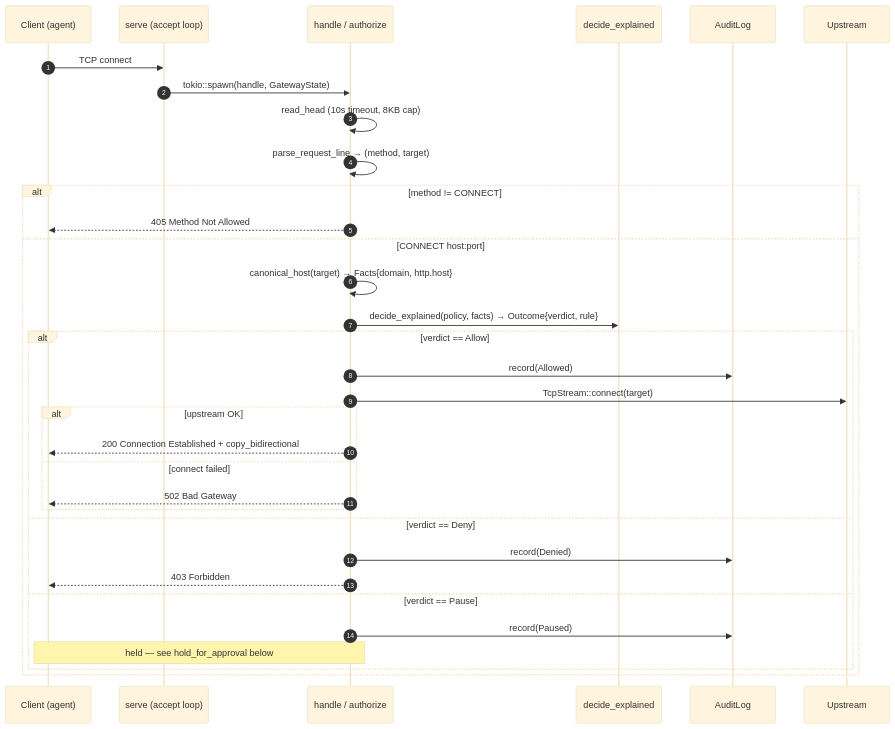
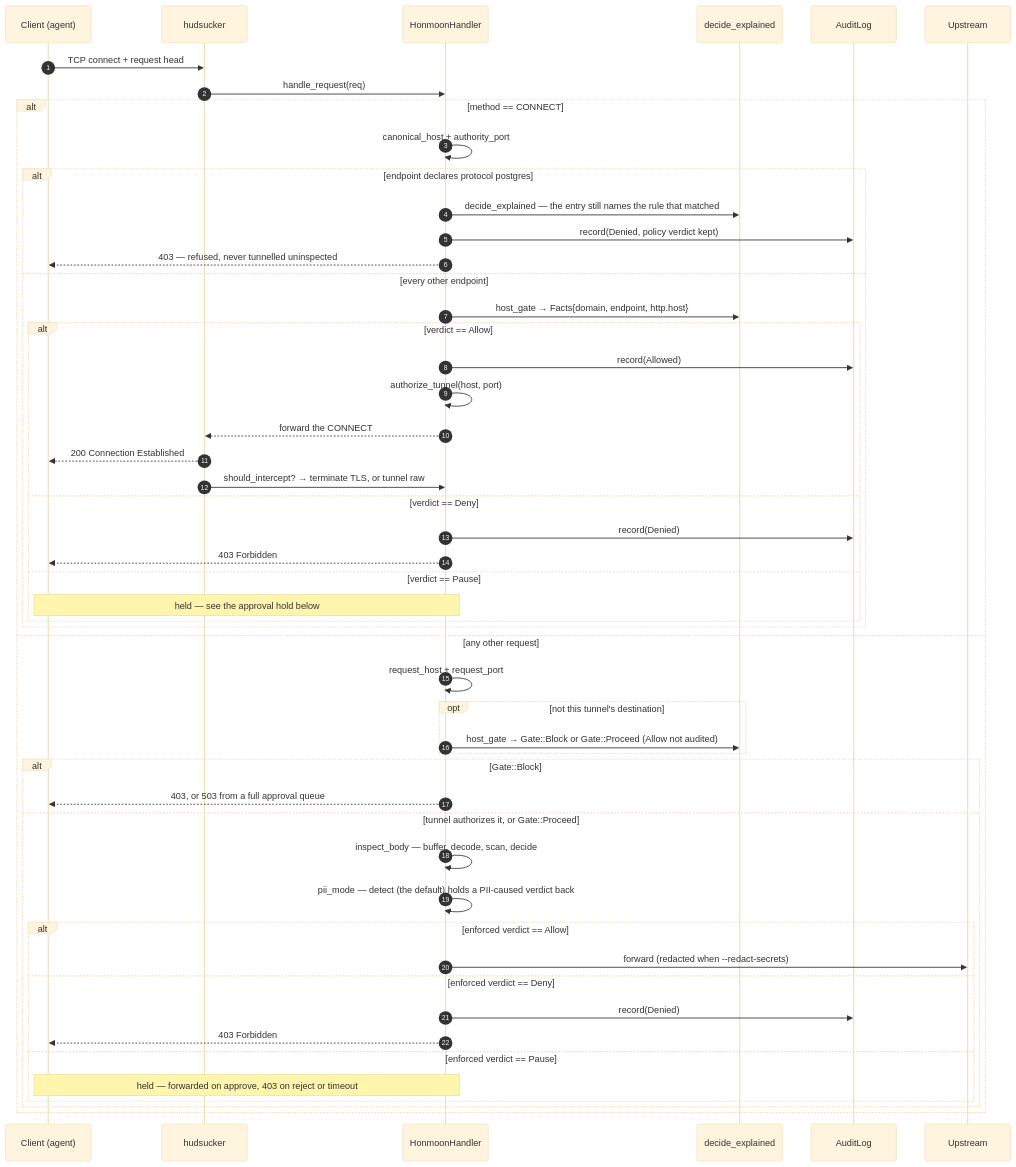
Before and after one commit to pleaseai/honmoon: the first of 3 diagrams in wiki/deep-dive/egress-gateway.md, drawn with Mermaid (base theme). The commit also changed other lines of this file and 3 other files, not shown here.

First line of the commit message:
docs(wiki): rewrite egress-gateway.md against the hudsucker data plane (#268)

````diff
--- a/wiki/deep-dive/egress-gateway.md
+++ b/wiki/deep-dive/egress-gateway.md
@@ -52,35 +153,53 @@
 ```mermaid
 sequenceDiagram
   autonumber
   participant C as Client (agent)
-  participant S as serve (accept loop)
-  participant H as handle / authorize
+  participant HS as hudsucker
+  participant H as HonmoonHandler
   participant Core as decide_explained
   participant Audit as AuditLog
   participant U as Upstream
-  C->>S: TCP connect
-  S->>H: tokio::spawn(handle, GatewayState)
-  H->>H: read_head (10s timeout, 8KB cap)
-  H->>H: parse_request_line → (method, target)
-  alt method != CONNECT
-    H-->>C: 405 Method Not Allowed
-  else CONNECT host:port
-    H->>H: canonical_host(target) → Facts{domain, http.host}
-    H->>Core: decide_explained(policy, facts) → Outcome{verdict, rule}
-    alt verdict == Allow
-      H->>Audit: record(Allowed)
-      H->>U: TcpStream::connect(target)
-      alt upstream OK
-        H-->>C: 200 Connection Established + copy_bidirectional
-      else connect failed
-        H-->>C: 502 Bad Gateway
+  C->>HS: TCP connect + request head
+  HS->>H: handle_request(req)
+  alt method == CONNECT
+    H->>H: canonical_host + authority_port
+    alt endpoint declares protocol postgres
+      H->>Core: decide_explained — the entry still names the rule that matched
+      H->>Audit: record(Denied, policy verdict kept)
+      H-->>C: 403 — refused, never tunnelled uninspected
+    else every other endpoint
+      H->>Core: host_gate → Facts{domain, endpoint, http.host}
+      alt verdict == Allow
+        H->>Audit: record(Allowed)
+        H->>H: authorize_tunnel(host, port)
+        H-->>HS: forward the CONNECT
+        HS-->>C: 200 Connection Established
+        HS->>H: should_intercept? → terminate TLS, or tunnel raw
+      else verdict == Deny
+        H->>Audit: record(Denied)
+        H-->>C: 403 Forbidden
+      else verdict == Pause
+        Note over H,C: held — see the approval hold below
       end
-    else verdict == Deny
-      H->>Audit: record(Denied)
-      H-->>C: 403 Forbidden
-    else verdict == Pause
-      H->>Audit: record(Paused)
-      Note over H,C: held — see hold_for_approval below
+    end
+  else any other request
+    H->>H: request_host + request_port
+    opt not this tunnel's destination
+      H->>Core: host_gate → Gate::Block or Gate::Proceed (Allow not audited)
+    end
+    alt Gate::Block
+      H-->>C: 403, or 503 from a full approval queue
+    else tunnel authorizes it, or Gate::Proceed
+      H->>H: inspect_body — buffer, decode, scan, decide
+      H->>H: pii_mode — detect (the default) holds a PII-caused verdict back
+      alt enforced verdict == Allow
+        H->>U: forward (redacted when --redact-secrets)
+      else enforced verdict == Deny
+        H->>Audit: record(Denied)
+        H-->>C: 403 Forbidden
+      else enforced verdict == Pause
+        Note over H,C: held — forwarded on approve, 403 on reject or timeout
+      end
     end
   end
 ```
````
